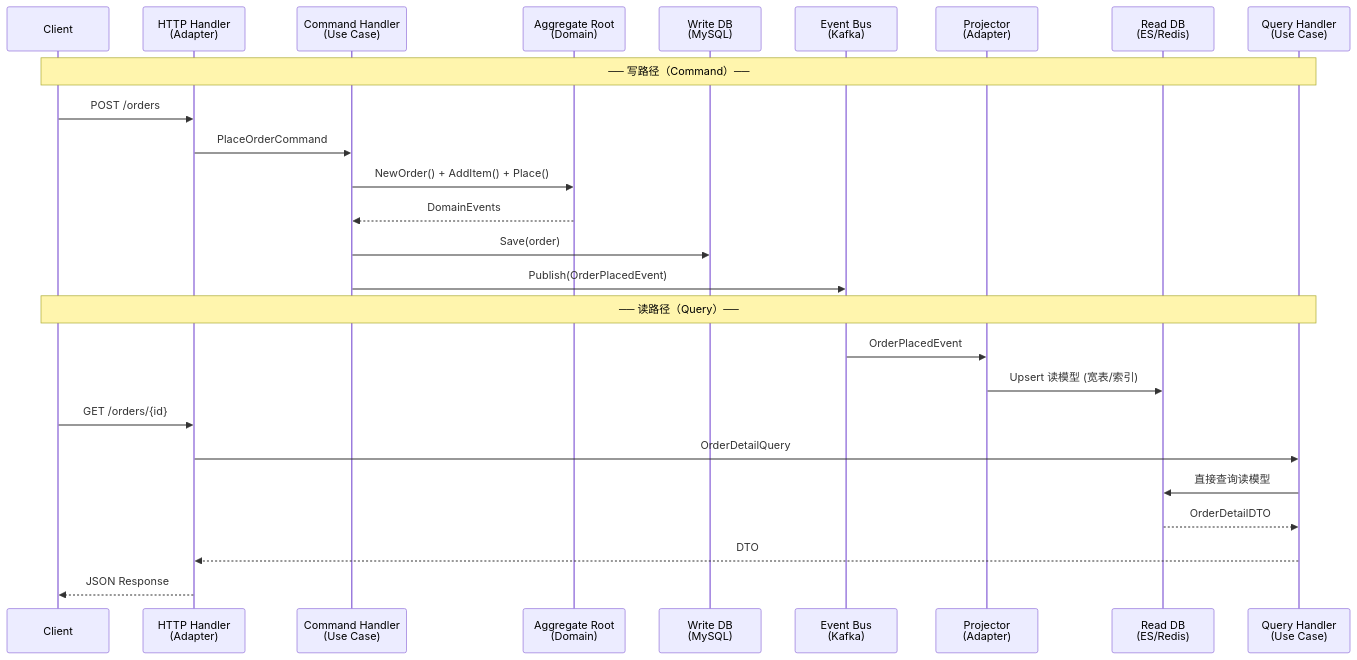
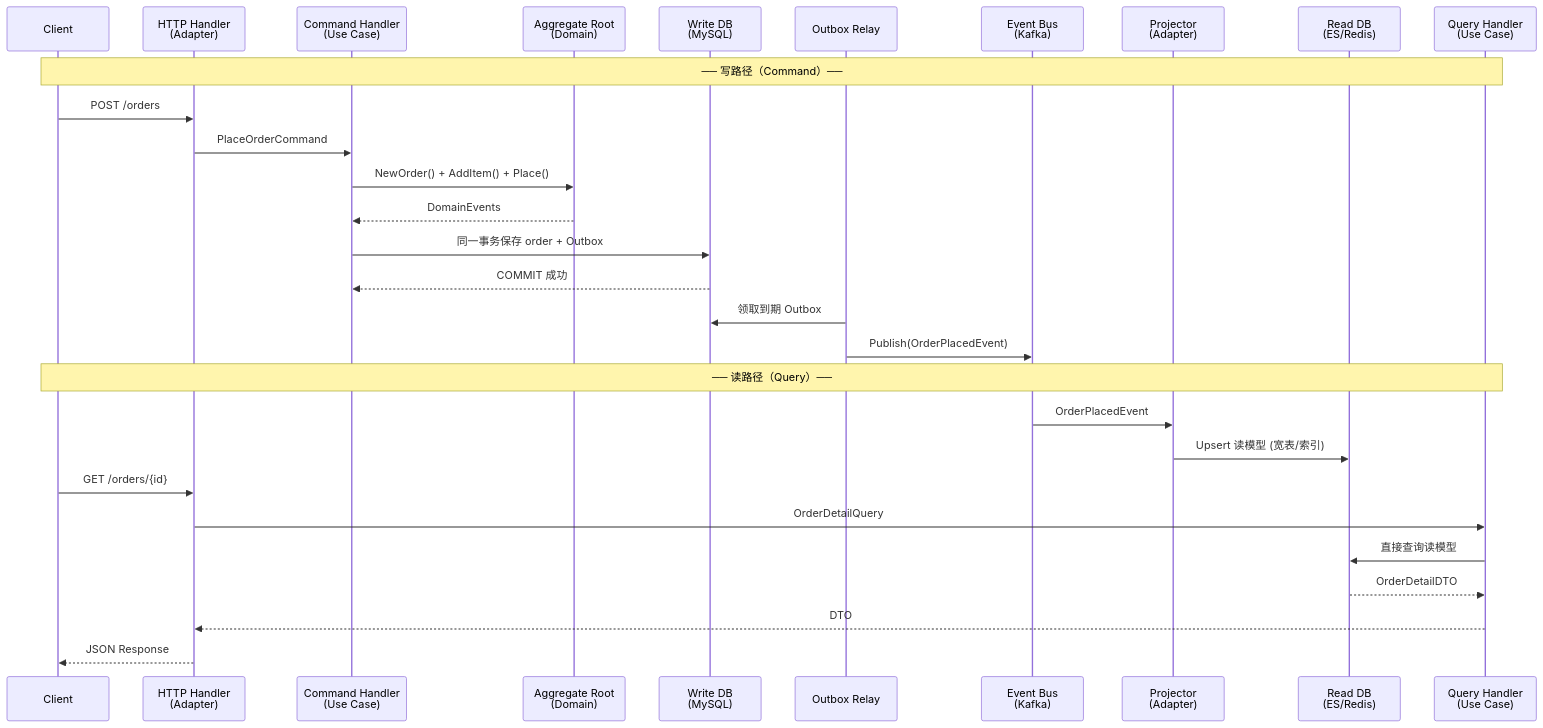
Before and after one commit to wxquare/wxquare.github.io: the ninth of 12 diagrams in source/_posts/system-design/02-clean-architecture-ddd-cqrs.md, drawn with Mermaid. The commit also changed other lines of this file and 5 other files, not shown here.

````diff
--- a/source/_posts/system-design/02-clean-architecture-ddd-cqrs.md
+++ b/source/_posts/system-design/02-clean-architecture-ddd-cqrs.md
@@ -1373,31 +1401,34 @@
 ```mermaid
 sequenceDiagram
     participant C as Client
     participant H as HTTP Handler<br/>(Adapter)
     participant CMD as Command Handler<br/>(Use Case)
     participant AGG as Aggregate Root<br/>(Domain)
     participant WDB as Write DB<br/>(MySQL)
+    participant REL as Outbox Relay
     participant EB as Event Bus<br/>(Kafka)
     participant PRJ as Projector<br/>(Adapter)
     participant RDB as Read DB<br/>(ES/Redis)
     participant QRY as Query Handler<br/>(Use Case)
 
     Note over C,QRY: ── 写路径（Command）──
     C->>H: POST /orders
     H->>CMD: PlaceOrderCommand
     CMD->>AGG: NewOrder() + AddItem() + Place()
     AGG-->>CMD: DomainEvents
-    CMD->>WDB: Save(order)
-    CMD->>EB: Publish(OrderPlacedEvent)
+    CMD->>WDB: 同一事务保存 order + Outbox
+    WDB-->>CMD: COMMIT 成功
+    REL->>WDB: 领取到期 Outbox
+    REL->>EB: Publish(OrderPlacedEvent)
 
     Note over C,QRY: ── 读路径（Query）──
     EB->>PRJ: OrderPlacedEvent
     PRJ->>RDB: Upsert 读模型 (宽表/索引)
 
     C->>H: GET /orders/{id}
     H->>QRY: OrderDetailQuery
     QRY->>RDB: 直接查询读模型
     RDB-->>QRY: OrderDetailDTO
     QRY-->>H: DTO
     H-->>C: JSON Response
 ```
````
